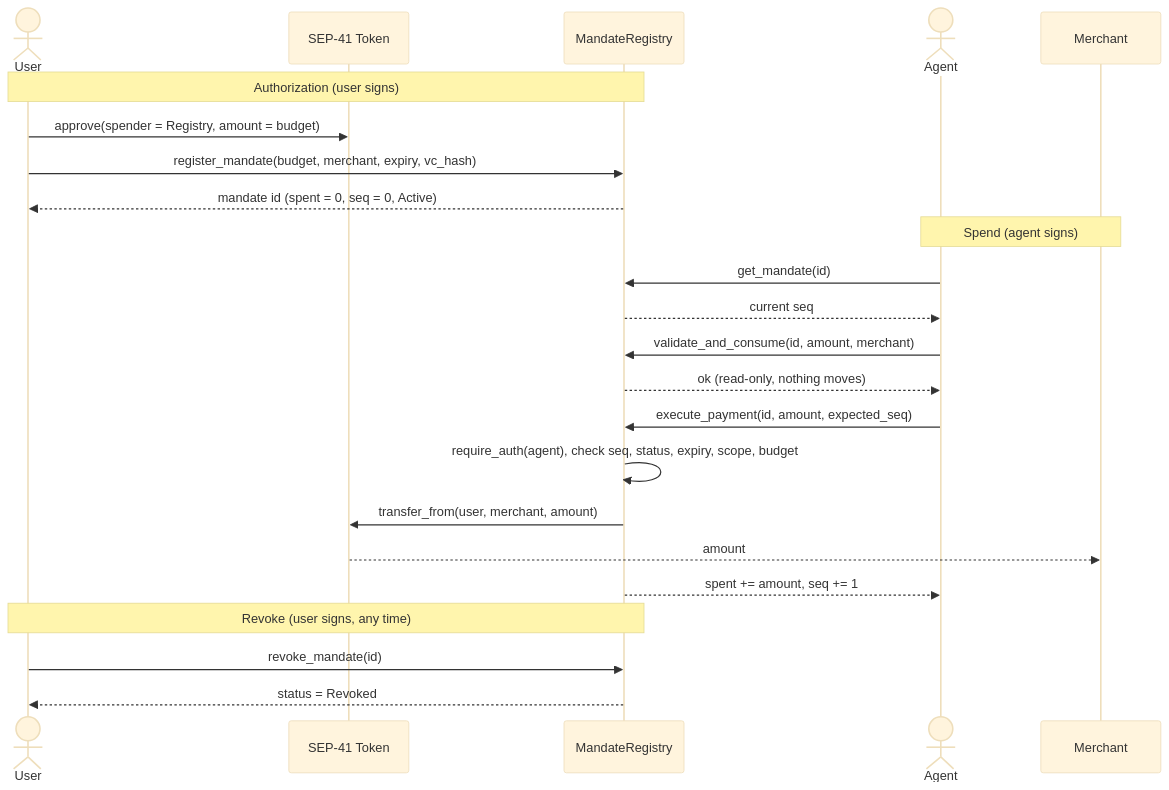
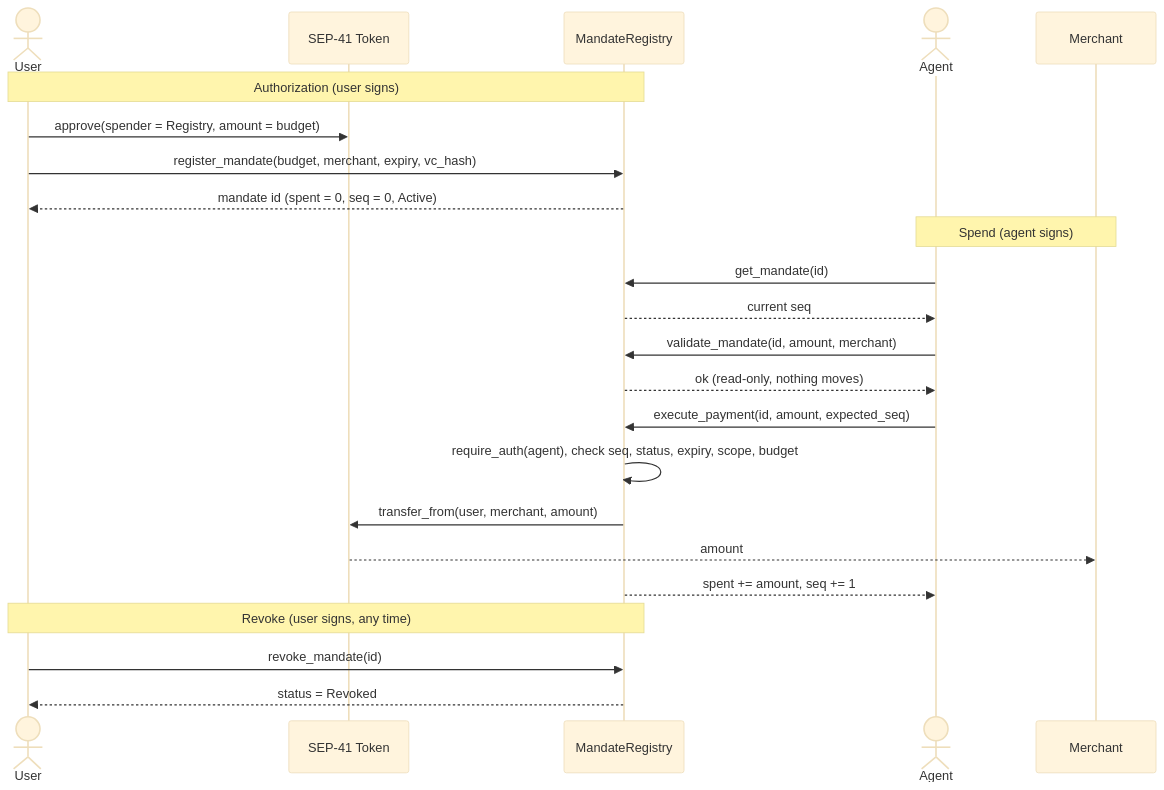
Before and after one commit to reapp-protocol/reapp-protocol: the first of 2 diagrams in docs/tranche-1-step-1.md, drawn with Mermaid (base theme). The commit also changed other lines of this file and 6 other files, not shown here.

Commit message:
docs: rename validate_and_consume to validate_mandate across all docs

````diff
--- a/docs/tranche-1-step-1.md
+++ b/docs/tranche-1-step-1.md
@@ -185,28 +185,28 @@
 ```mermaid
 sequenceDiagram
     actor User
     participant Token as SEP-41 Token
     participant Registry as MandateRegistry
     actor Agent
     participant Merchant
 
     Note over User,Registry: Authorization (user signs)
     User->>Token: approve(spender = Registry, amount = budget)
     User->>Registry: register_mandate(budget, merchant, expiry, vc_hash)
     Registry-->>User: mandate id (spent = 0, seq = 0, Active)
 
     Note over Agent,Merchant: Spend (agent signs)
     Agent->>Registry: get_mandate(id)
     Registry-->>Agent: current seq
-    Agent->>Registry: validate_and_consume(id, amount, merchant)
+    Agent->>Registry: validate_mandate(id, amount, merchant)
     Registry-->>Agent: ok (read-only, nothing moves)
     Agent->>Registry: execute_payment(id, amount, expected_seq)
     Registry->>Registry: require_auth(agent), check seq, status, expiry, scope, budget
     Registry->>Token: transfer_from(user, merchant, amount)
     Token-->>Merchant: amount
     Registry-->>Agent: spent += amount, seq += 1
 
     Note over User,Registry: Revoke (user signs, any time)
     User->>Registry: revoke_mandate(id)
     Registry-->>User: status = Revoked
 ```
````
